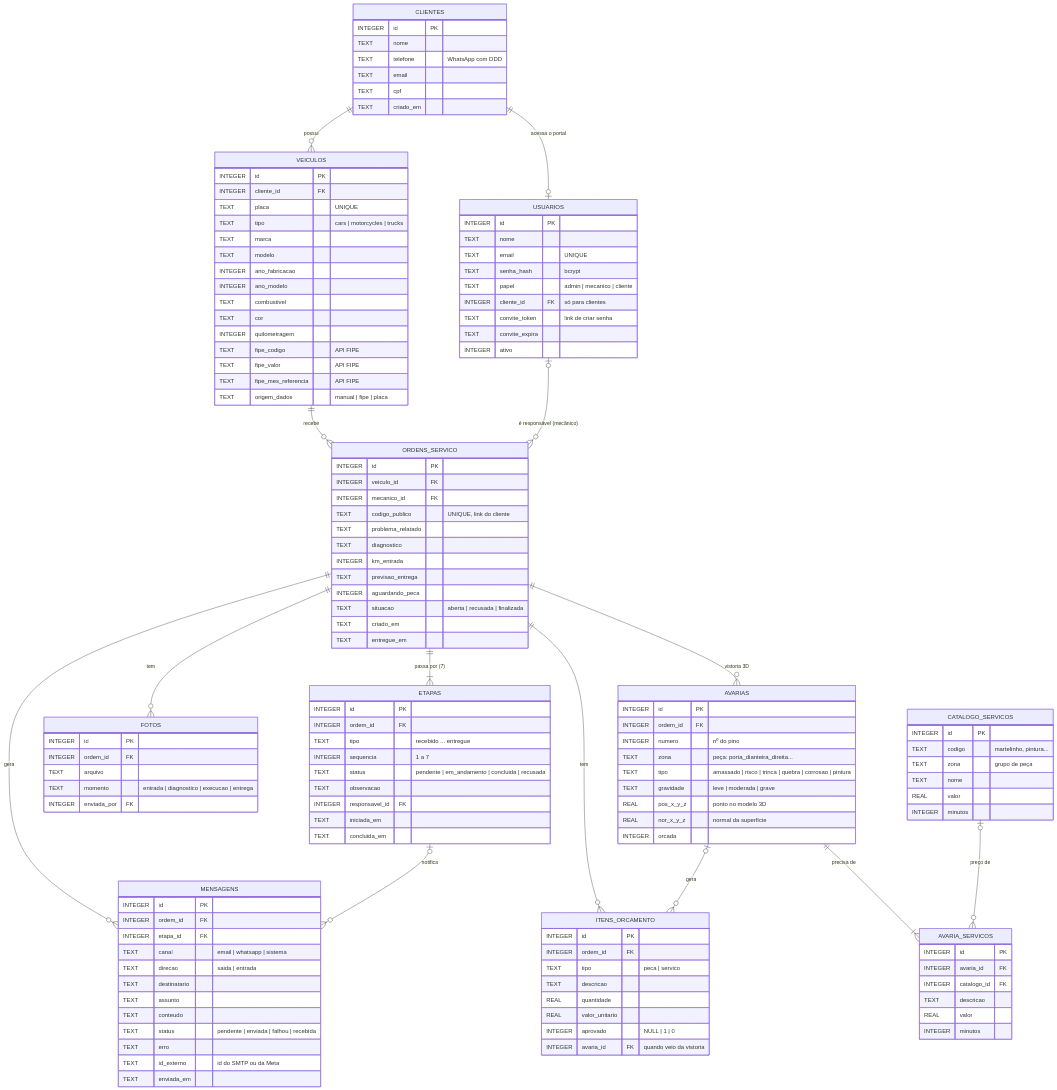
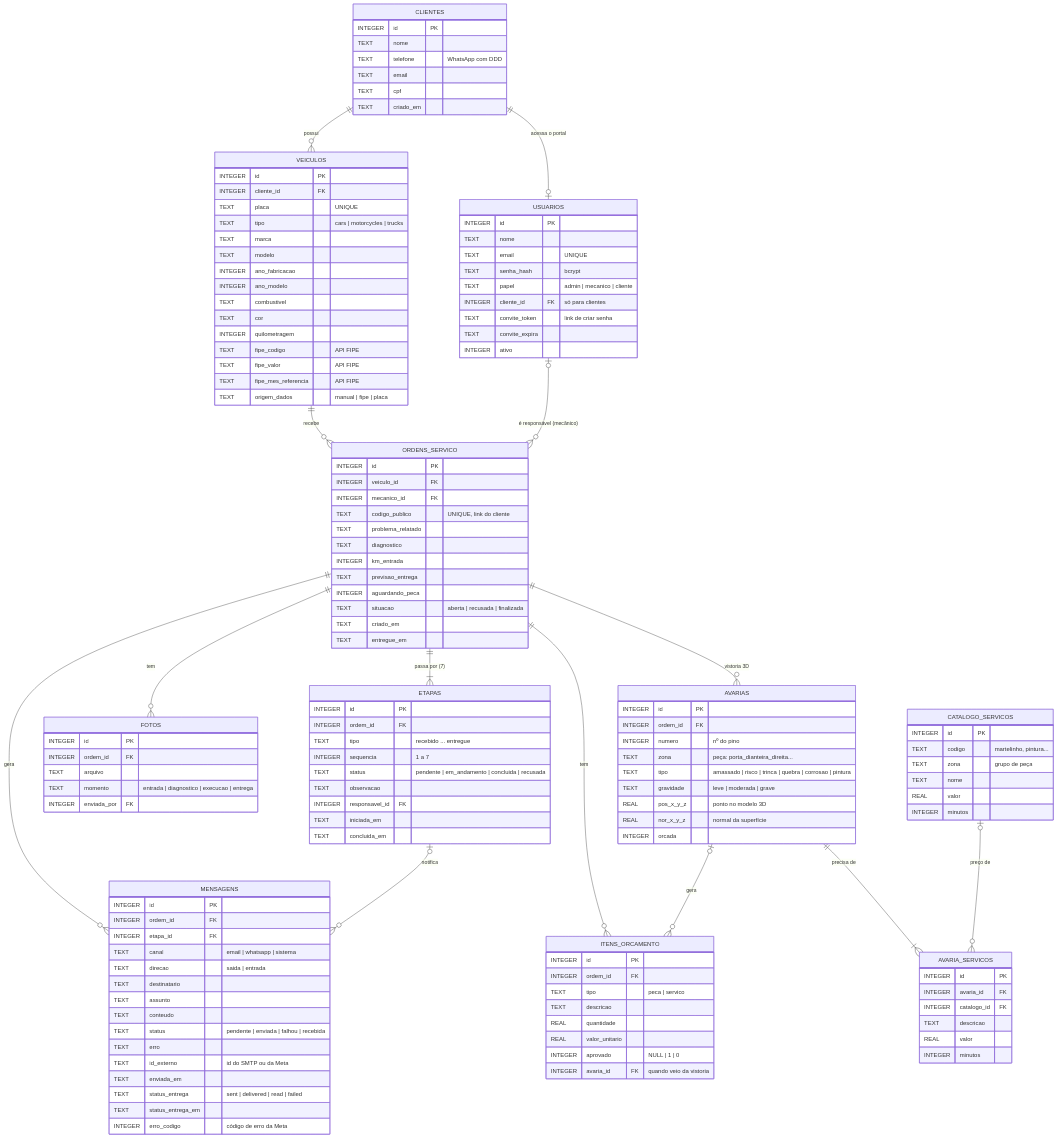
The first of 2 diagrams in docs/der.md (brenosuski17/oficinastatus), drawn with Mermaid before and after one commit. The commit also changed 16 other files, not shown here.

````diff
--- a/docs/der.md
+++ b/docs/der.md
@@ -139,5 +139,8 @@
         TEXT erro
         TEXT id_externo "id do SMTP ou da Meta"
         TEXT enviada_em
+        TEXT status_entrega "sent | delivered | read | failed"
+        TEXT status_entrega_em
+        INTEGER erro_codigo "código de erro da Meta"
     }
 ```
````
